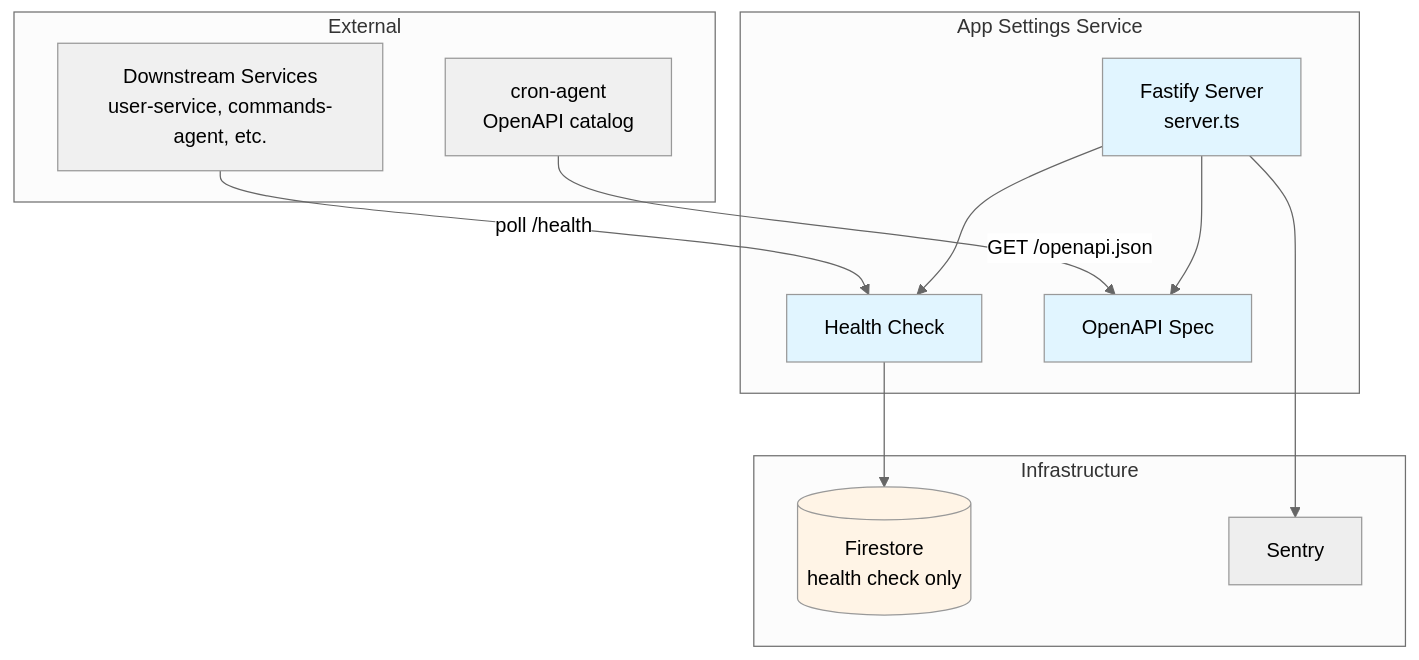
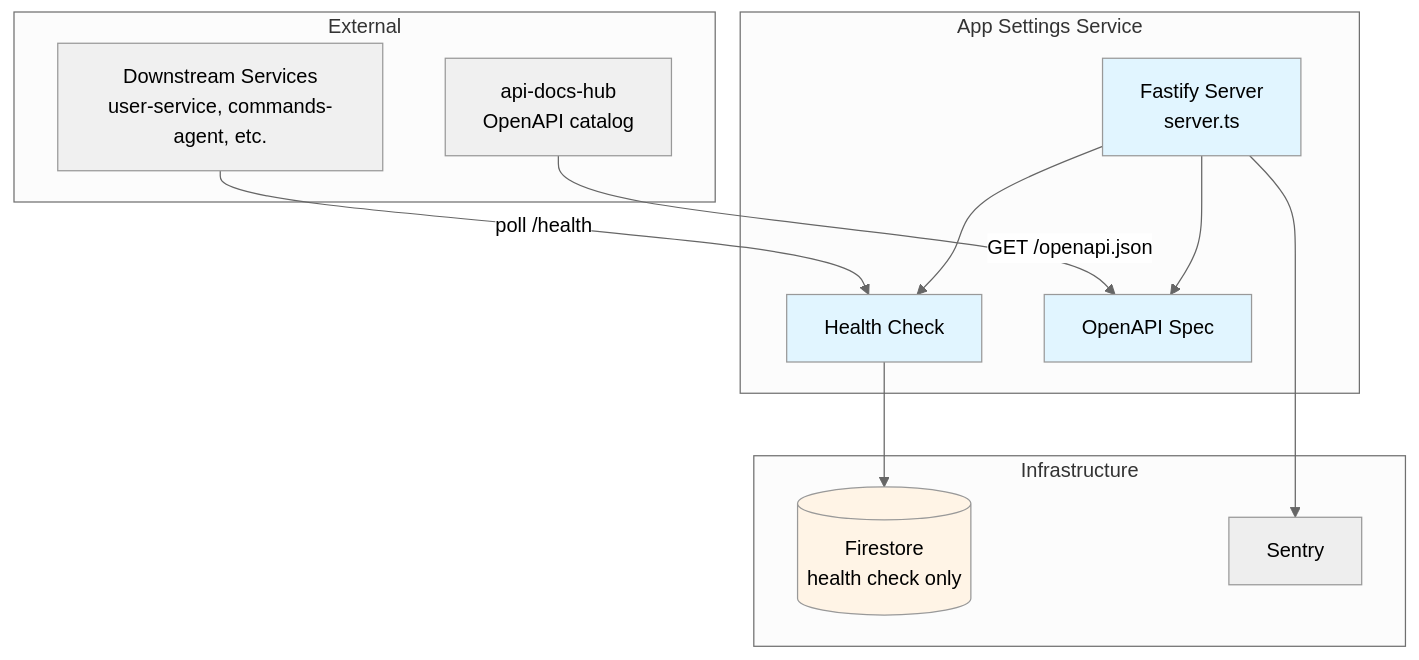
The diagram in docs/services/app-settings-service/technical.md (pbuchman/intexuraos), drawn with Mermaid (neutral theme) before and after one commit. The commit also changed other lines of this file and 463 other files, not shown here.

````diff
--- a/docs/services/app-settings-service/technical.md
+++ b/docs/services/app-settings-service/technical.md
@@ -9,33 +9,33 @@
 ```mermaid
 graph TB
     subgraph "External"
         Services[Downstream Services<br/>user-service, commands-agent, etc.]
-        CronAgent[cron-agent<br/>OpenAPI catalog]
+        ApiDocs[api-docs-hub<br/>OpenAPI catalog]
     end
 
     subgraph "App Settings Service"
         Server[Fastify Server<br/>server.ts]
         Health[Health Check]
         OpenAPI[OpenAPI Spec]
     end
 
     subgraph "Infrastructure"
         Firestore[(Firestore<br/>health check only)]
         Sentry[Sentry]
     end
 
     Services -->|poll /health| Health
-    CronAgent -->|GET /openapi.json| OpenAPI
+    ApiDocs -->|GET /openapi.json| OpenAPI
     Server --> Health
     Server --> OpenAPI
     Health --> Firestore
     Server --> Sentry
 
     classDef service fill:#e1f5ff
     classDef storage fill:#fff4e6
     classDef external fill:#f0f0f0
 
     class Server,Health,OpenAPI service
     class Firestore storage
-    class Services,CronAgent external
+    class Services,ApiDocs external
 ```
````
